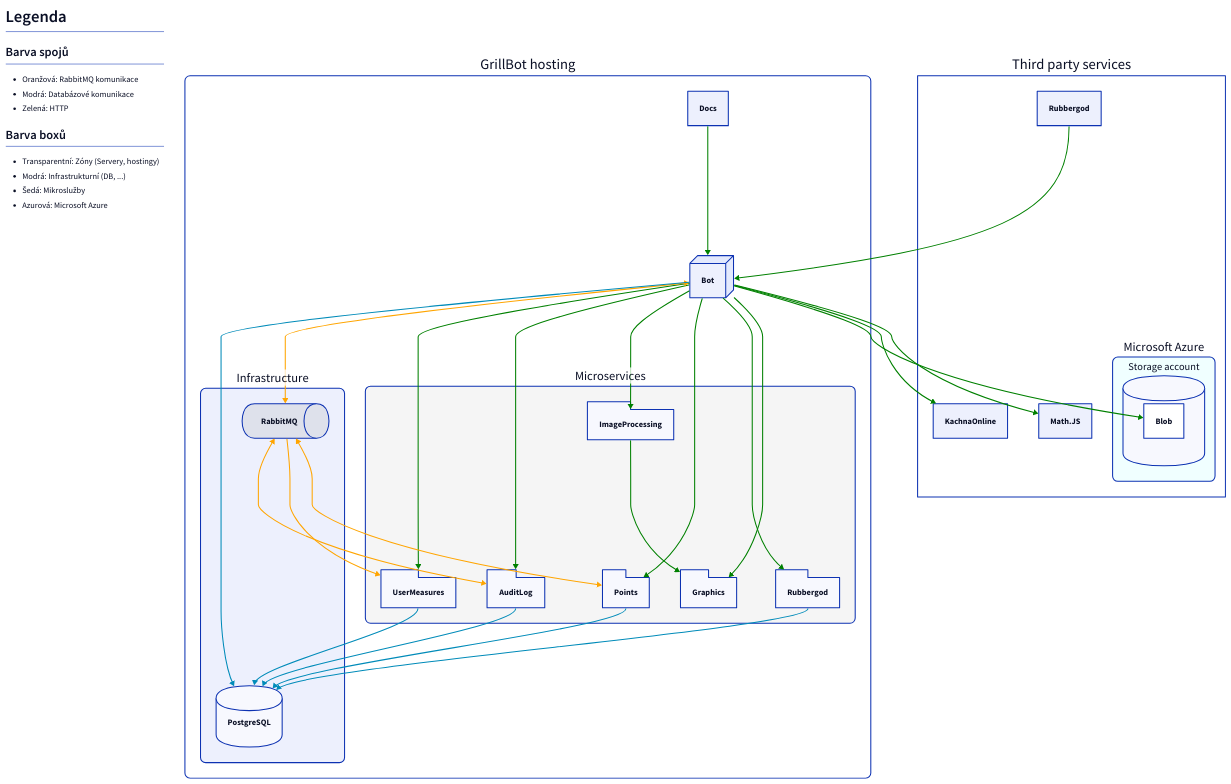
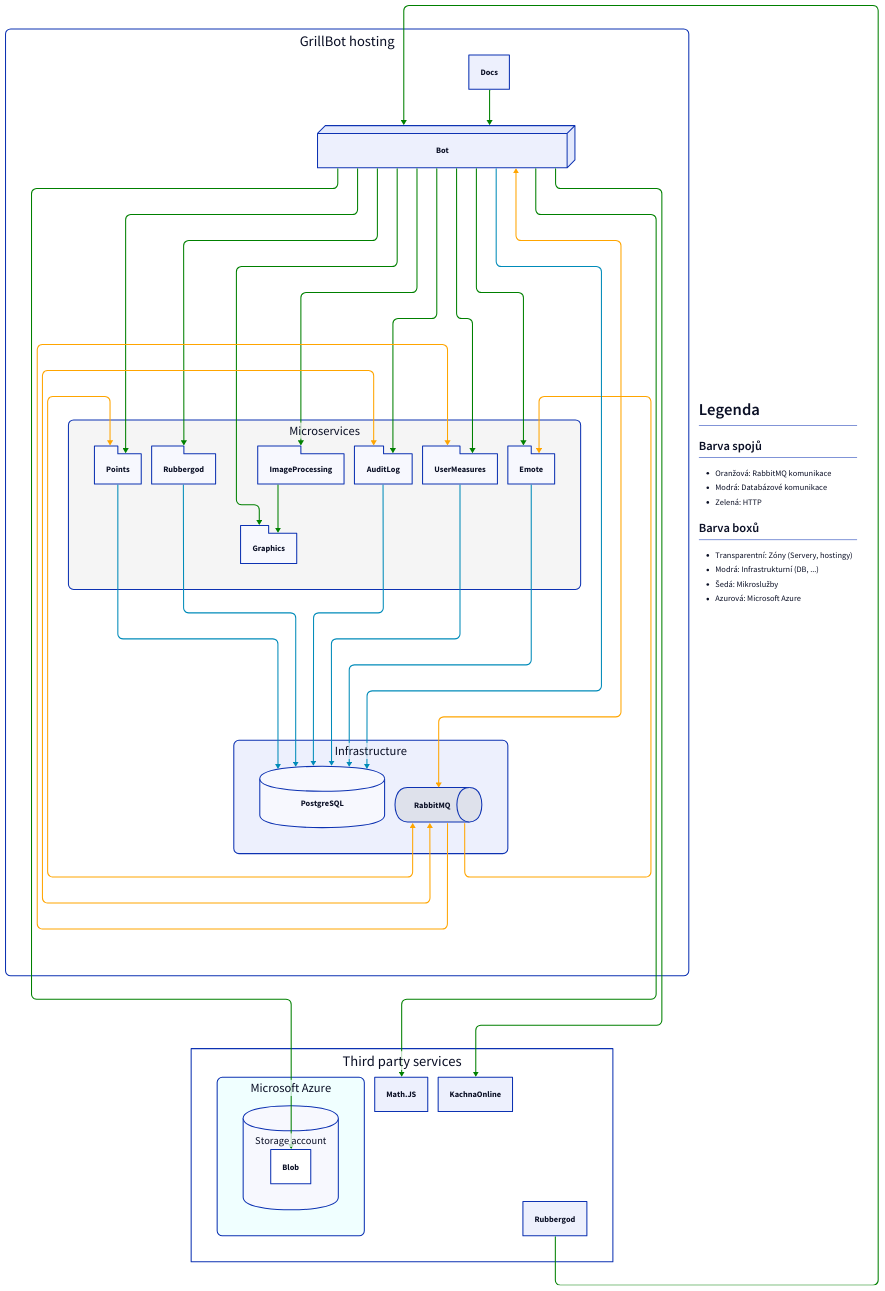
The diagram in data/communication.d2 (GrillBot/grillbot-docs), drawn with D2 before and after one commit. The commit also changed 9 other files, not shown here.

```diff
--- a/data/communication.d2
+++ b/data/communication.d2
@@ -1,104 +1,134 @@
+vars: {
+  d2-config: {
+    layout-engine: elk
+  }
+}
+
 # Legend
 legend: |md
   # Legenda
   ## Barva spojů
   - Oranžová: RabbitMQ komunikace
   - Modrá: Databázové komunikace
   - Zelená: HTTP
 
   ## Barva boxů
   - Transparentní: Zóny (Servery, hostingy)
   - Modrá: Infrastrukturní (DB, ...)
   - Šedá: Mikroslužby
   - Azurová: Microsoft Azure
 |
+
+classes: {
+  postgres_relation: {
+    style: {
+      stroke: "#008bb9"
+    }
+  }
+
+  http_relation: {
+    style: {
+      stroke: green
+    }
+  }
+
+  rabbit_relation: {
+    style: {
+      stroke: orange
+    }
+  }
+}
 
 # Definitions
 GrillBot.Infrastructure: {
   style: {border-radius: 10}
 
   PostgreSQL: {shape: cylinder}
   RabbitMQ: {shape: queue}
 }
 
 GrillBot: {
   label: GrillBot hosting
 
   style: {
     fill: transparent
     border-radius: 10
   }
 
   Bot: {
     style: {3d: true}
   }
 
   Microservices: {
     style: {
       fill: whitesmoke
       border-radius: 10
     }
 
     Points: {shape: package}
     Rubbergod: {shape: package}
     Graphics: {shape: package}
     ImageProcessing: {shape: package}
     AuditLog: {shape: package}
     UserMeasures: {shape: package}
+    Emote: {shape: package}
   }
 }
 
 ThirdParty: {
   label: Third party services
   style: {fill: transparent}
 
   Azure: {
     label: Microsoft Azure
     style: {border-radius: 10}
 
     style: {
       fill: azure
       border-radius: 10
     }
   }
 
   Azure.StorageAccount: {
     label: Storage account
     shape: cylinder
   }
 }
 
 # Third party external services communication (Bot -> Service)
-GrillBot.Bot -> ThirdParty.Math\.JS: {style: {stroke: green}}
-GrillBot.Bot -> ThirdParty.KachnaOnline: {style: {stroke: green}}
-GrillBot.Bot -> ThirdParty.Azure.StorageAccount.Blob: {style: {stroke: green}}
+GrillBot.Bot -> ThirdParty.Math\.JS: {class: http_relation}
+GrillBot.Bot -> ThirdParty.KachnaOnline: {class: http_relation}
+GrillBot.Bot -> ThirdParty.Azure.StorageAccount.Blob: {class: http_relation}
 
 # Third party external services communication (Service -> Bot)
-ThirdParty.Rubbergod -> GrillBot.Bot: {style: {stroke: green}}
+ThirdParty.Rubbergod -> GrillBot.Bot: {class: http_relation}
 
 # Internal communication (Service -> Bot)
-GrillBot.Docs -> GrillBot.Bot: {style: {stroke: green}}
+GrillBot.Docs -> GrillBot.Bot: {class: http_relation}
 
 # Internal communication (Bot -> Service)
-GrillBot.Bot -> GrillBot.Microservices.Graphics: {style: {stroke: green}}
-GrillBot.Bot -> GrillBot.Microservices.Rubbergod: {style: {stroke: green}}
-GrillBot.Bot -> GrillBot.Microservices.Points: {style: {stroke: green}}
-GrillBot.Bot -> GrillBot.Microservices.ImageProcessing: {style: {stroke: green}}
-GrillBot.Bot -> GrillBot.Microservices.AuditLog: {style: {stroke: green}}
-GrillBot.Bot -> GrillBot.Microservices.UserMeasures: {style: {stroke: green}}
+GrillBot.Bot -> GrillBot.Microservices.Graphics: {class: http_relation}
+GrillBot.Bot -> GrillBot.Microservices.Rubbergod: {class: http_relation}
+GrillBot.Bot -> GrillBot.Microservices.Points: {class: http_relation}
+GrillBot.Bot -> GrillBot.Microservices.ImageProcessing: {class: http_relation}
+GrillBot.Bot -> GrillBot.Microservices.AuditLog: {class: http_relation}
+GrillBot.Bot -> GrillBot.Microservices.UserMeasures: {class: http_relation}
+GrillBot.Bot -> GrillBot.Microservices.Emote: {class: http_relation}
 
 # Internal communication (Service -> Service)
-GrillBot.Microservices.ImageProcessing -> GrillBot.Microservices.Graphics: {style: {stroke: green}}
+GrillBot.Microservices.ImageProcessing -> GrillBot.Microservices.Graphics: {class: http_relation}
 
 # RabbitMQ communication
-GrillBot.Bot <-> GrillBot.Infrastructure.RabbitMQ: {style: {stroke: orange}}
-GrillBot.Infrastructure.RabbitMQ <-> GrillBot.Microservices.Points: {style: {stroke: orange}}
-GrillBot.Infrastructure.RabbitMQ -> GrillBot.Microservices.UserMeasures: {style: {stroke: orange}}
-GrillBot.Infrastructure.RabbitMQ <-> GrillBot.Microservices.AuditLog: {style: {stroke: orange}}
+GrillBot.Bot <-> GrillBot.Infrastructure.RabbitMQ: {class: rabbit_relation}
+GrillBot.Infrastructure.RabbitMQ <-> GrillBot.Microservices.Points: {class: rabbit_relation}
+GrillBot.Infrastructure.RabbitMQ -> GrillBot.Microservices.UserMeasures: {class: rabbit_relation}
+GrillBot.Infrastructure.RabbitMQ <-> GrillBot.Microservices.AuditLog: {class: rabbit_relation}
+GrillBot.Infrastructure.RabbitMQ -> GrillBot.Microservices.Emote: {class: rabbit_relation}
 
 # Database communication
-GrillBot.Bot -> GrillBot.Infrastructure.PostgreSQL: {style: {stroke: "#008bb9"}}
-GrillBot.Microservices.AuditLog -> GrillBot.Infrastructure.PostgreSQL: {style: {stroke: "#008bb9"}}
-GrillBot.Microservices.Rubbergod -> GrillBot.Infrastructure.PostgreSQL: {style: {stroke: "#008bb9"}}
-GrillBot.Microservices.Points -> GrillBot.Infrastructure.PostgreSQL: {style: {stroke: "#008bb9"}}
-GrillBot.Microservices.UserMeasures -> GrillBot.Infrastructure.PostgreSQL: {style: {stroke: "#008bb9"}}
+GrillBot.Bot -> GrillBot.Infrastructure.PostgreSQL: {class: postgres_relation}
+GrillBot.Microservices.AuditLog -> GrillBot.Infrastructure.PostgreSQL: {class: postgres_relation}
+GrillBot.Microservices.Rubbergod -> GrillBot.Infrastructure.PostgreSQL: {class: postgres_relation}
+GrillBot.Microservices.Points -> GrillBot.Infrastructure.PostgreSQL: {class: postgres_relation}
+GrillBot.Microservices.UserMeasures -> GrillBot.Infrastructure.PostgreSQL: {class: postgres_relation}
+GrillBot.Microservices.Emote -> GrillBot.Infrastructure.PostgreSQL: {class: postgres_relation}
```
